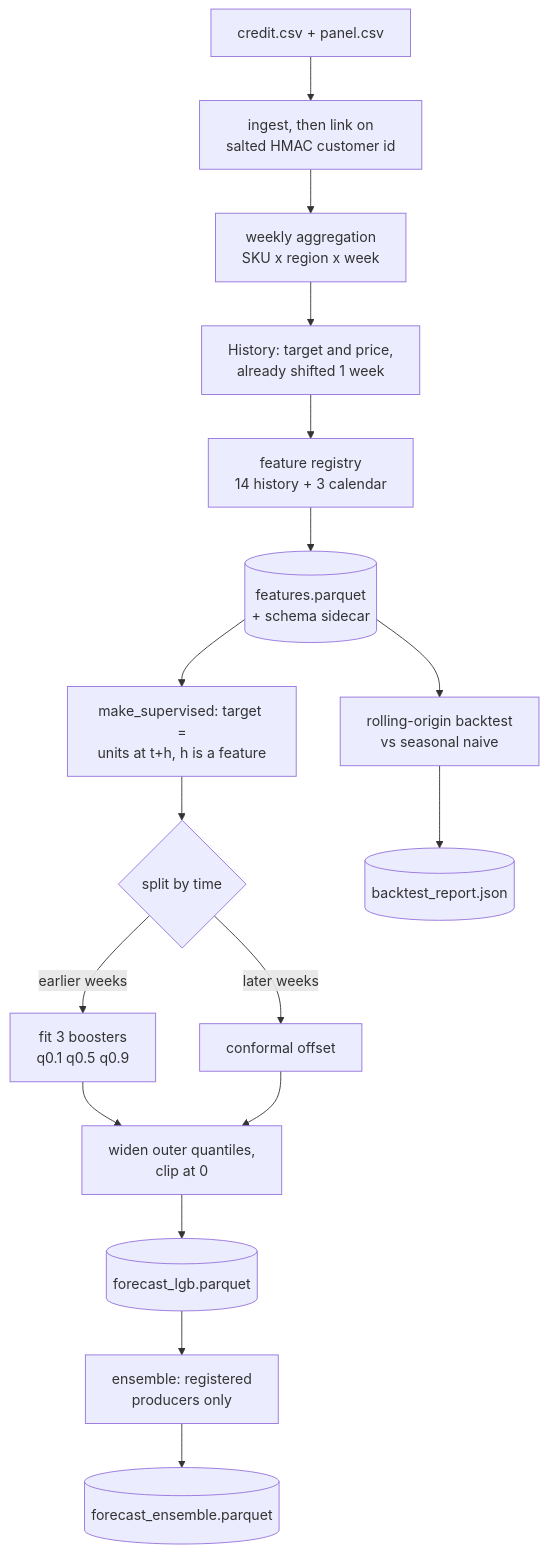
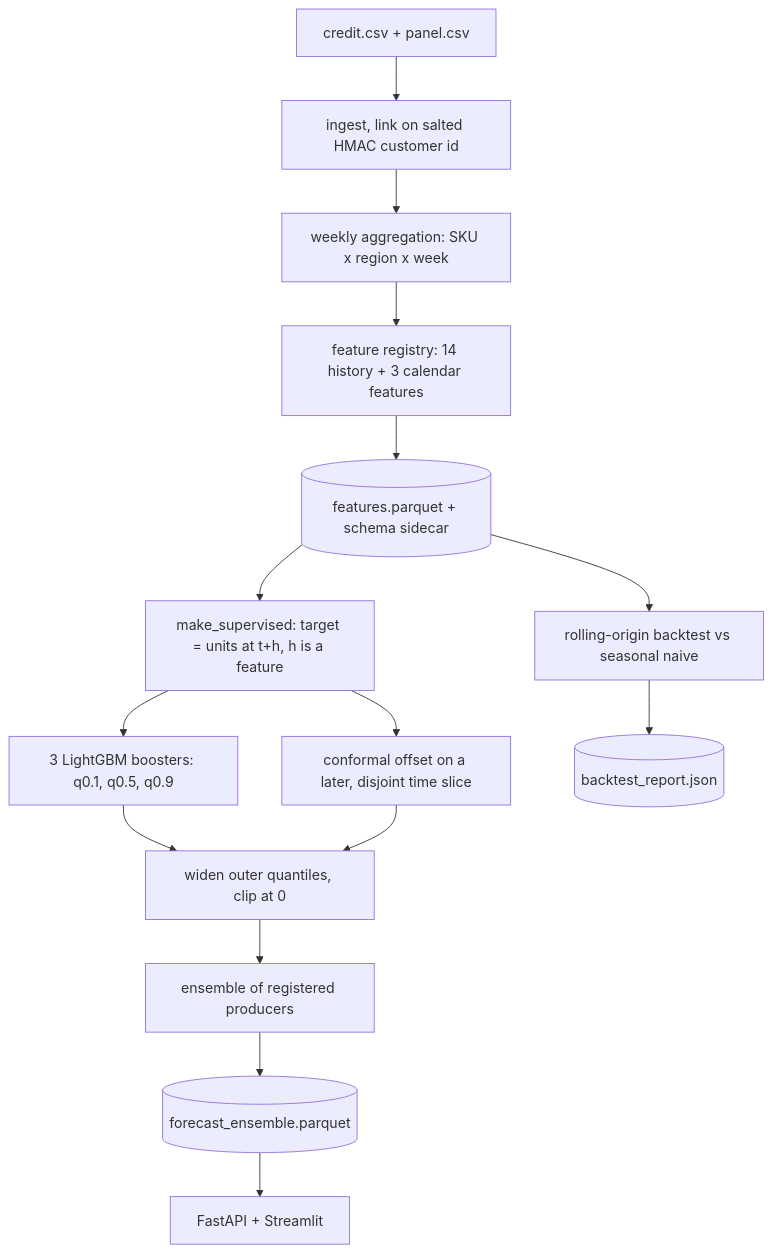
Before and after one commit to dev-sas002/sales-forecast-ensemble: the first of 2 diagrams in README.md, drawn with Mermaid. The commit also changed other lines of this file, not shown here.

````diff
--- a/README.md
+++ b/README.md
@@ -74,14 +56,15 @@
 ```mermaid
-flowchart TD
-    CSV[credit.csv + panel.csv] --> LNK[ingest, then link on<br/>salted HMAC customer id]
-    LNK --> WK[weekly aggregation<br/>SKU x region x week]
-    WK --> HIST[History: target and price,<br/>already shifted 1 week] --> REG[feature registry<br/>14 history + 3 calendar]
-    REG --> FT[(features.parquet<br/>+ schema sidecar)]
-    FT --> SUP[make_supervised: target =<br/>units at t+h, h is a feature] --> SPLIT{split by time}
-    SPLIT -->|earlier weeks| FIT[fit 3 boosters<br/>q0.1 q0.5 q0.9]
-    SPLIT -->|later weeks| CAL[conformal offset]
-    FIT --> W[widen outer quantiles,<br/>clip at 0]
+flowchart TB
+    CSV["credit.csv + panel.csv"] --> LNK["ingest, link on salted HMAC customer id"]
+    LNK --> WK["weekly aggregation: SKU x region x week"]
+    WK --> REG["feature registry: 14 history + 3 calendar features"]
+    REG --> FT[("features.parquet + schema sidecar")]
+    FT --> SUP["make_supervised: target = units at t+h, h is a feature"]
+    SUP --> FIT["3 LightGBM boosters: q0.1, q0.5, q0.9"]
+    SUP --> CAL["conformal offset on a later, disjoint time slice"]
+    FIT --> W["widen outer quantiles, clip at 0"]
     CAL --> W
-    W --> FC[(forecast_lgb.parquet)] --> ENS[ensemble: registered<br/>producers only] --> OUT[(forecast_ensemble.parquet)]
-    FT --> BT[rolling-origin backtest<br/>vs seasonal naive] --> RPT[(backtest_report.json)]
+    W --> ENS["ensemble of registered producers"] --> OUT[("forecast_ensemble.parquet")]
+    OUT --> API["FastAPI + Streamlit"]
+    FT --> BT["rolling-origin backtest vs seasonal naive"] --> RPT[("backtest_report.json")]
 ```
````
